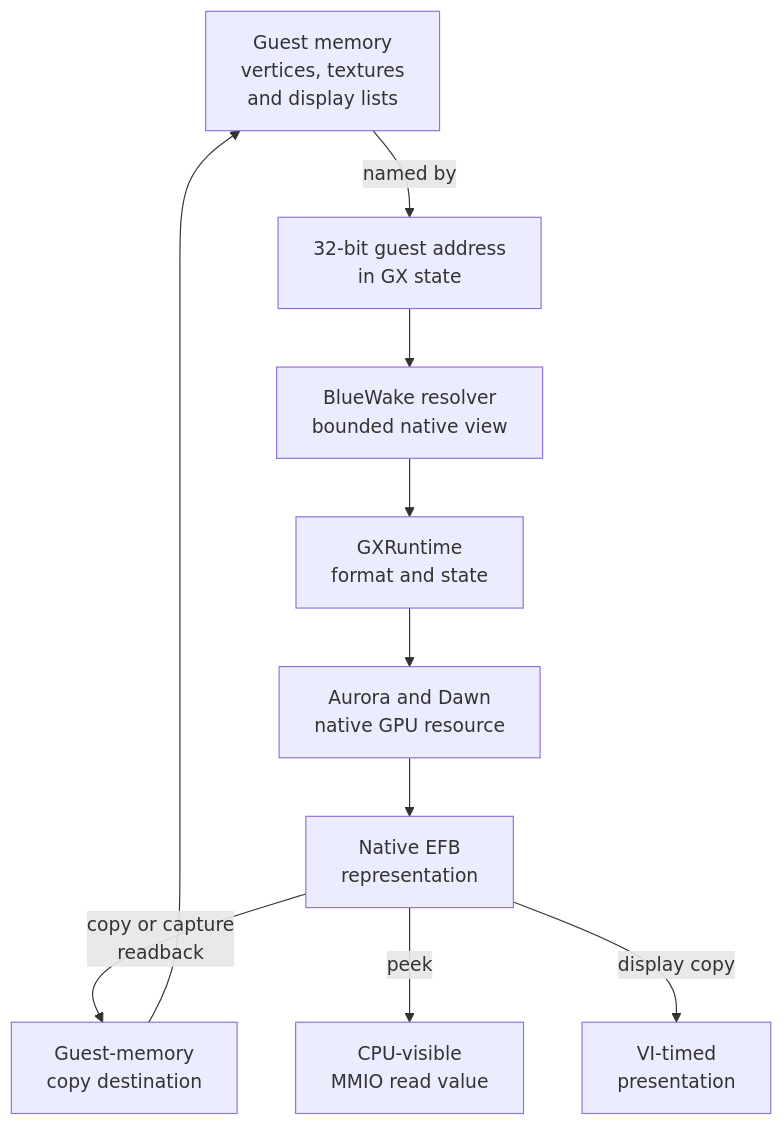
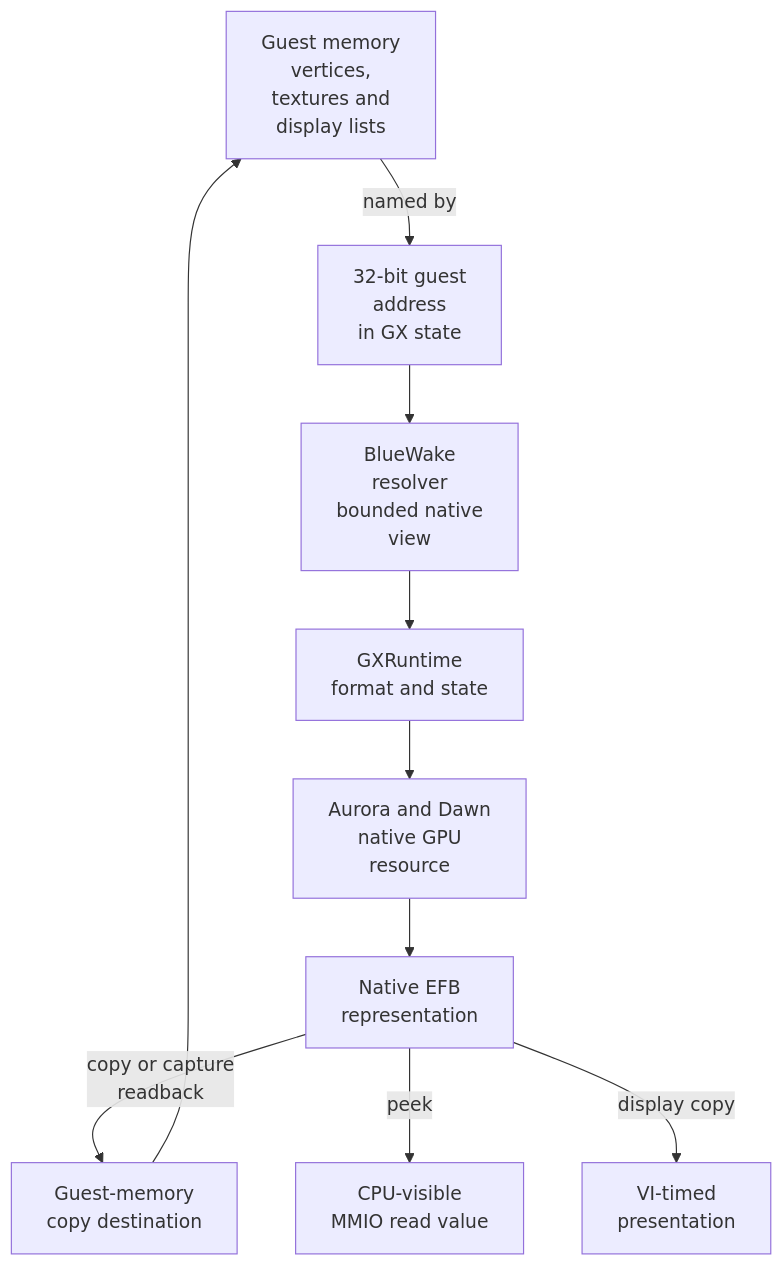
The fifth of 11 diagrams in docs/architecture/Graphics.md (Aelbannan/boat_of_daphnes), drawn with Mermaid before and after one commit. The commit also changed other lines of this file, not shown here.

Commit message:
Wrap Graphics labels more tightly

````diff
--- a/docs/architecture/Graphics.md
+++ b/docs/architecture/Graphics.md
@@ -275,17 +275,17 @@
 ```mermaid
 flowchart TD
-    Memory["Guest memory<br>vertices, textures<br>and display lists"]
-    Address["32-bit guest address<br>in GX state"]
-    Resolver["BlueWake resolver<br>bounded native view"]
+    Memory["Guest memory<br>vertices,<br>textures and<br>display lists"]
+    Address["32-bit guest<br>address<br>in GX state"]
+    Resolver["BlueWake<br>resolver<br>bounded native<br>view"]
     Front["GXRuntime<br>format and state"]
-    Resource["Aurora and Dawn<br>native GPU resource"]
+    Resource["Aurora and Dawn<br>native GPU<br>resource"]
     EFB["Native EFB<br>representation"]
     Copy["Guest-memory<br>copy destination"]
     Read["CPU-visible<br>MMIO read value"]
     Present["VI-timed<br>presentation"]
 
     Memory -->|"named by"| Address --> Resolver --> Front --> Resource --> EFB
     EFB -->|"copy or capture<br>readback"| Copy --> Memory
     EFB -->|"peek"| Read
     EFB -->|"display copy"| Present
 ```
````
